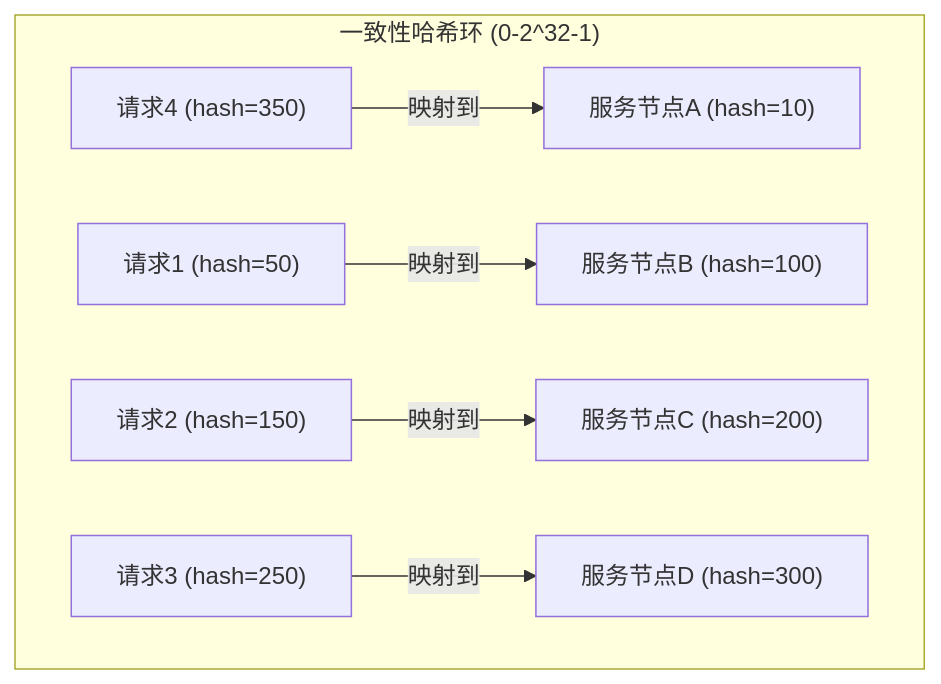
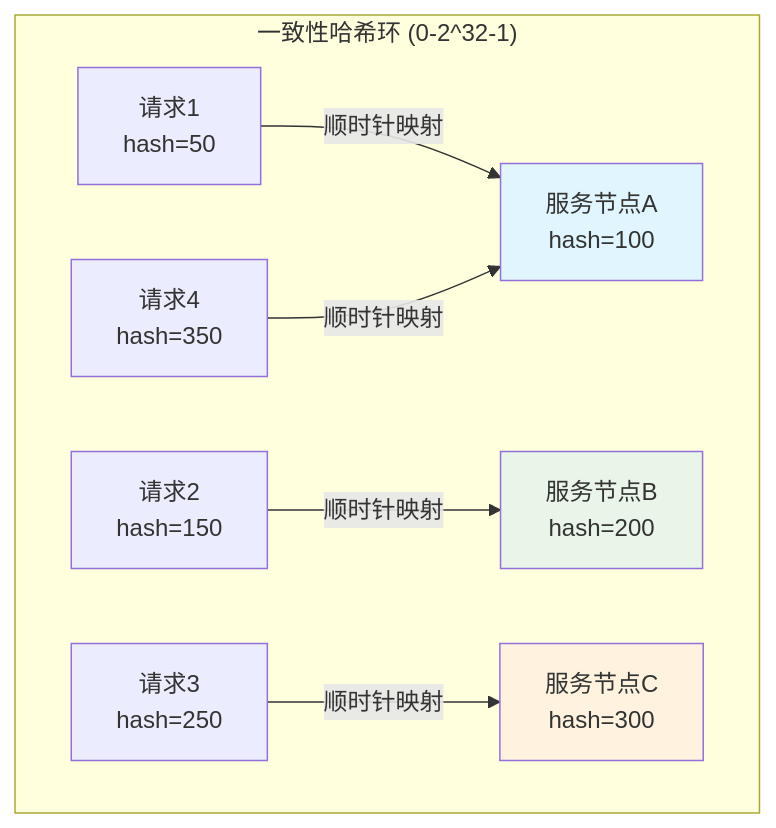
Before and after one commit to 2042159221/learn-RPC: the first of 4 diagrams in doc/一致性Hash算法原理与优势.md, drawn with Mermaid. The commit also changed other lines of this file and 30 other files, not shown here.

````diff
--- a/doc/一致性Hash算法原理与优势.md
+++ b/doc/一致性Hash算法原理与优势.md
@@ -9,18 +16,22 @@
 ```mermaid
 graph TD
     subgraph "一致性哈希环 (0-2^32-1)"
-        A["服务节点A (hash=10)"]
-        B["服务节点B (hash=100)"]
-        C["服务节点C (hash=200)"]
-        D["服务节点D (hash=300)"]
-        R1["请求1 (hash=50)"]
-        R2["请求2 (hash=150)"]
-        R3["请求3 (hash=250)"]
-        R4["请求4 (hash=350)"]
+        A["服务节点A<br/>hash=100"]
+        B["服务节点B<br/>hash=200"]
+        C["服务节点C<br/>hash=300"]
+
+        R1["请求1<br/>hash=50"]
+        R2["请求2<br/>hash=150"]
+        R3["请求3<br/>hash=250"]
+        R4["请求4<br/>hash=350"]
     end
 
-    R1 -->|"映射到"| B
-    R2 -->|"映射到"| C
-    R3 -->|"映射到"| D
-    R4 -->|"映射到"| A
+    R1 -->|"顺时针映射"| A
+    R2 -->|"顺时针映射"| B
+    R3 -->|"顺时针映射"| C
+    R4 -->|"顺时针映射"| A
+
+    style A fill:#e1f5fe
+    style B fill:#e8f5e8
+    style C fill:#fff3e0
 ```
````
